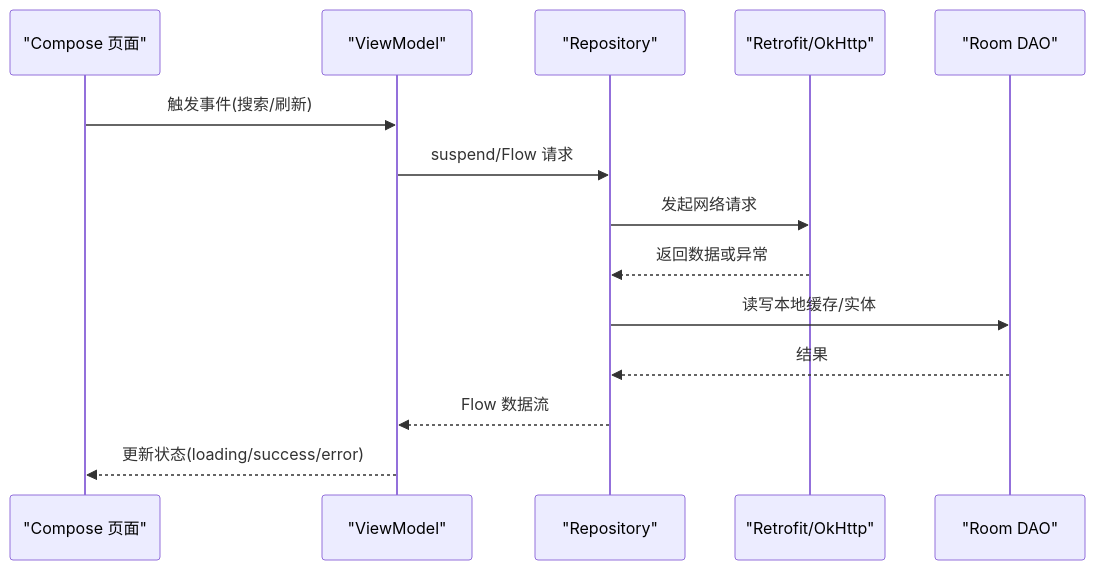
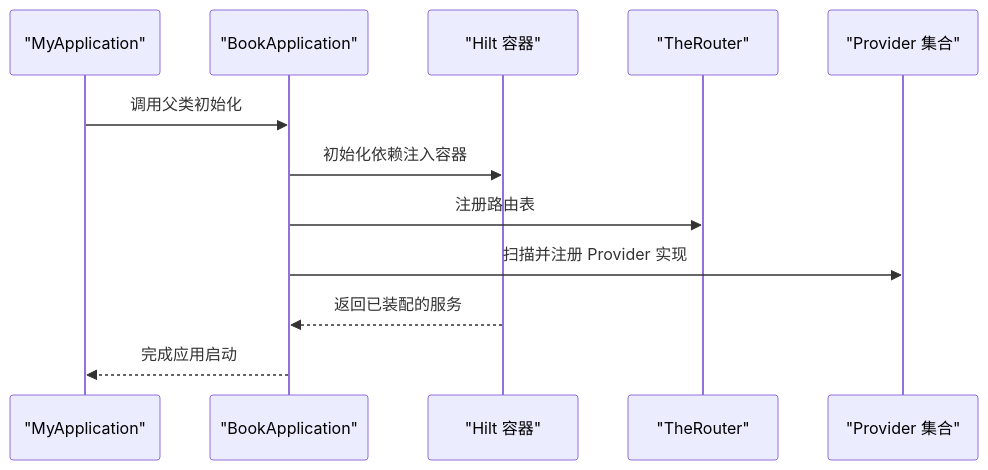
One commit to xrn1997/android-ebook changed the third of 10 diagrams in .qoder/repowiki/zh/content/架构设计/架构设计.md. Above: the diagram before and after it, drawn with Mermaid. The commit also changed other lines of this file and 456 other files, not shown here.

````diff
--- a/.qoder/repowiki/zh/content/架构设计/架构设计.md
+++ b/.qoder/repowiki/zh/content/架构设计/架构设计.md
@@ -139,17 +155,15 @@
 ```mermaid
 sequenceDiagram
-    participant UI as "Compose 页面"
-    participant VM as "ViewModel"
-    participant Repo as "Repository"
-    participant Net as "Retrofit/OkHttp"
-    participant DB as "Room DAO"
+    participant App as "MyApplication"
+    participant BaseApp as "BookApplication"
+    participant DI as "Hilt 容器"
+    participant Router as "TheRouter"
+    participant Providers as "Provider 集合"
 
-    UI->>VM: 触发事件(搜索/刷新)
-    VM->>Repo: suspend/Flow 请求
-    Repo->>Net: 发起网络请求
-    Net-->>Repo: 返回数据或异常
-    Repo->>DB: 读写本地缓存/实体
-    DB-->>Repo: 结果
-    Repo-->>VM: Flow 数据流
-    VM-->>UI: 更新状态(loading/success/error)
+    App->>BaseApp: 调用父类初始化
+    BaseApp->>DI: 初始化依赖注入容器
+    BaseApp->>Router: 注册路由表
+    BaseApp->>Providers: 扫描并注册 Provider 实现
+    DI-->>BaseApp: 返回已装配的服务
+    BaseApp-->>App: 完成应用启动
 ```
````
